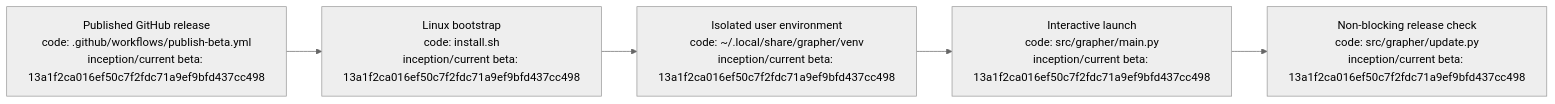
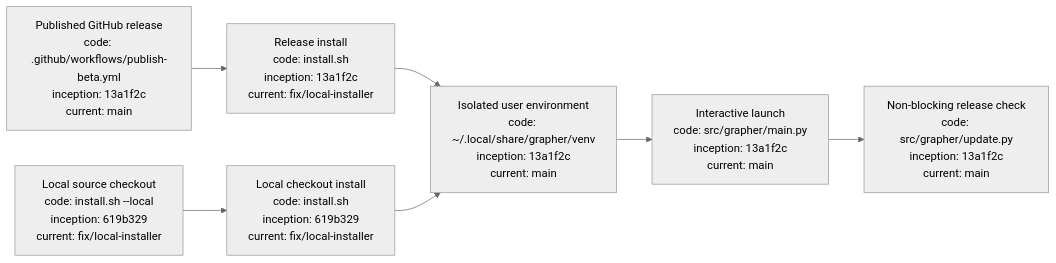
One commit to seanbman/grapher changed the diagram in docs/INSTALLATION_AND_UPDATES.md. Above: the diagram before and after it, drawn with Mermaid (neutral theme). The commit also changed other lines of this file and 5 other files, not shown here.

First line of the commit message:
Fix Grapher local installer mode and record update-path failures

````diff
--- a/docs/INSTALLATION_AND_UPDATES.md
+++ b/docs/INSTALLATION_AND_UPDATES.md
@@ -96,7 +129,9 @@
 ```mermaid
 flowchart LR
-    R["Published GitHub release\ncode: .github/workflows/publish-beta.yml\ninception/current beta: 13a1f2ca016ef50c7f2fdc71a9ef9bfd437cc498"] --> I["Linux bootstrap\ncode: install.sh\ninception/current beta: 13a1f2ca016ef50c7f2fdc71a9ef9bfd437cc498"]
-    I --> V["Isolated user environment\ncode: ~/.local/share/grapher/venv\ninception/current beta: 13a1f2ca016ef50c7f2fdc71a9ef9bfd437cc498"]
-    V --> C["Interactive launch\ncode: src/grapher/main.py\ninception/current beta: 13a1f2ca016ef50c7f2fdc71a9ef9bfd437cc498"]
-    C --> U["Non-blocking release check\ncode: src/grapher/update.py\ninception/current beta: 13a1f2ca016ef50c7f2fdc71a9ef9bfd437cc498"]
+    R["Published GitHub release\ncode: .github/workflows/publish-beta.yml\ninception: 13a1f2c\ncurrent: main"] --> I["Release install\ncode: install.sh\ninception: 13a1f2c\ncurrent: fix/local-installer"]
+    L["Local source checkout\ncode: install.sh --local\ninception: 619b329\ncurrent: fix/local-installer"] --> I2["Local checkout install\ncode: install.sh\ninception: 619b329\ncurrent: fix/local-installer"]
+    I --> V["Isolated user environment\ncode: ~/.local/share/grapher/venv\ninception: 13a1f2c\ncurrent: main"]
+    I2 --> V
+    V --> C["Interactive launch\ncode: src/grapher/main.py\ninception: 13a1f2c\ncurrent: main"]
+    C --> U["Non-blocking release check\ncode: src/grapher/update.py\ninception: 13a1f2c\ncurrent: main"]
 ```
````
